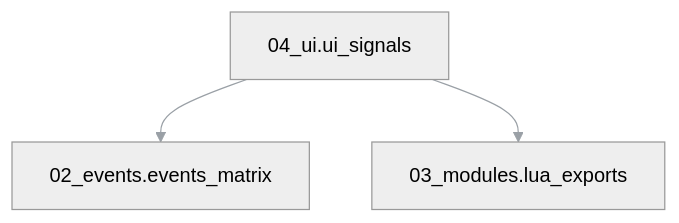
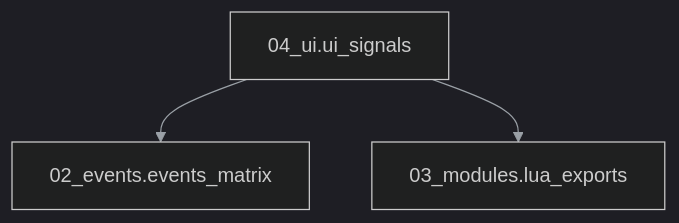
Before and after one commit to lukaszj321/otcv8-dev: the diagram in docs/authoring/relations.md, drawn with Mermaid.

Commit message:
Change mermaid theme to dark in relations.md
Updated the mermaid theme to 'dark' for better visibility.

````diff
--- a/docs/authoring/relations.md
+++ b/docs/authoring/relations.md
@@ -8,6 +8,6 @@
-```{mermaid}
-%%{init: { 'theme': 'neutral', 'themeVariables': { 'primaryTextColor': '#ddd', 'lineColor': '#9aa0a6' } }}%%
+```mermaid
+%%{init: { 'theme': 'dark', 'themeVariables': { 'primaryTextColor': '#ddd', 'lineColor': '#9aa0a6' } }}%%
 graph TD
   A[04_ui.ui_signals] --> B[02_events.events_matrix]
   A --> C[03_modules.lua_exports]
 ```
````
